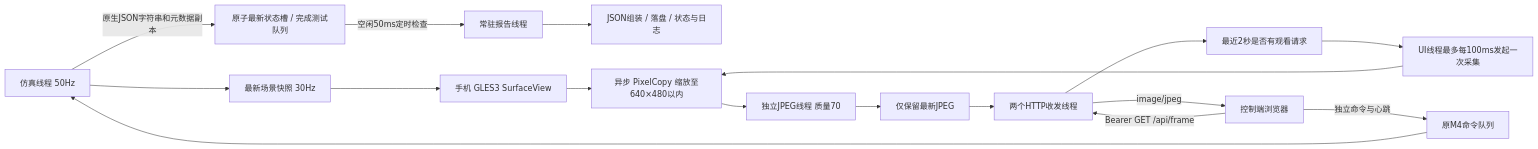
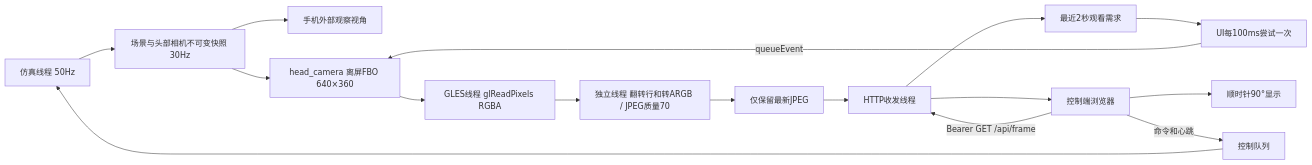
The diagram in VIDEO.md (luoyanfeidao/microduck_android), drawn with Mermaid before and after one commit. The commit also changed other lines of this file and 18 other files, not shown here.

Commit message:
Render robot head-camera video independently of orbit viewer

````diff
--- a/VIDEO.md
+++ b/VIDEO.md
@@ -62,19 +37,18 @@
 ```mermaid
 flowchart LR
-  Worker[仿真线程 50Hz] --> Snapshot[最新场景快照 30Hz]
-  Worker -->|原生JSON字符串和元数据副本| ReportSlots[原子最新状态槽 / 完成测试队列]
-  ReportSlots -->|空闲50ms定时检查| ReportThread[常驻报告线程]
-  ReportThread --> Reports[JSON组装 / 落盘 / 状态与日志]
-  Snapshot --> GLES[手机 GLES3 SurfaceView]
-  Browser[控制端浏览器] -->|Bearer GET /api/frame| HTTP[两个HTTP收发线程]
-  HTTP --> Demand[最近2秒是否有观看请求]
-  Demand --> UI[UI线程最多每100ms发起一次采集]
-  GLES --> Copy[异步 PixelCopy 缩放至640×480以内]
-  UI --> Copy
-  Copy --> Encoder[独立JPEG线程 质量70]
+  Worker[仿真线程 50Hz] --> Packet[场景与头部相机不可变快照 30Hz]
+  Packet --> Orbit[手机外部观察视角]
+  Packet --> Camera[head_camera 离屏FBO 640×360]
+  Browser[控制端浏览器] -->|Bearer GET /api/frame| HTTP[HTTP收发线程]
+  HTTP --> Demand[最近2秒观看需求]
+  Demand --> UI[UI每100ms尝试一次]
+  UI -->|queueEvent| Camera
+  Camera --> Readback[GLES线程 glReadPixels RGBA]
+  Readback --> Encoder[独立线程 翻转行和转ARGB / JPEG质量70]
   Encoder --> Latest[仅保留最新JPEG]
   Latest --> HTTP
-  HTTP -->|image/jpeg| Browser
-  Browser -->|独立命令与心跳| Mailbox[原M4命令队列]
+  HTTP --> Browser
+  Browser --> Upright[顺时针90°显示]
+  Browser -->|命令和心跳| Mailbox[控制队列]
   Mailbox --> Worker
 ```
````
